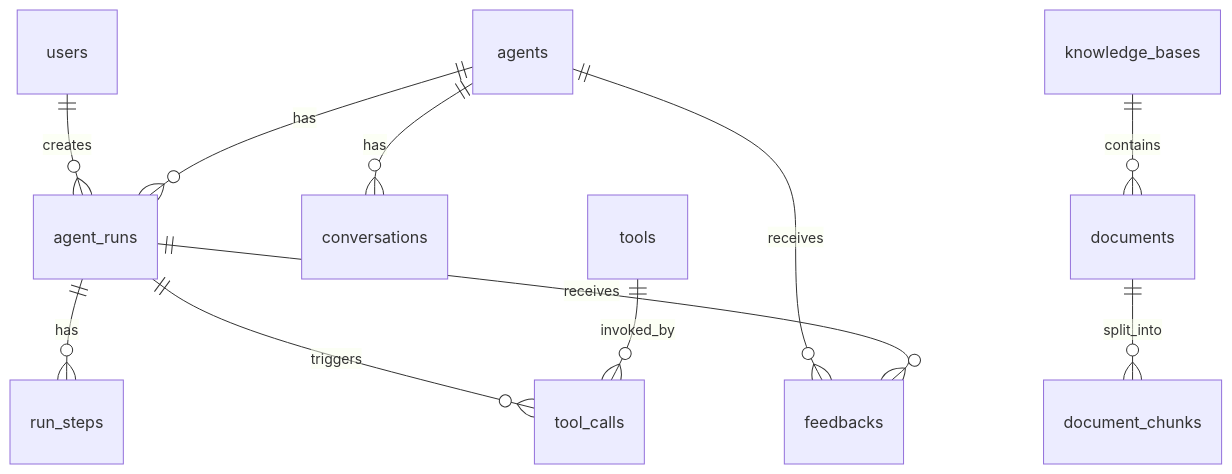
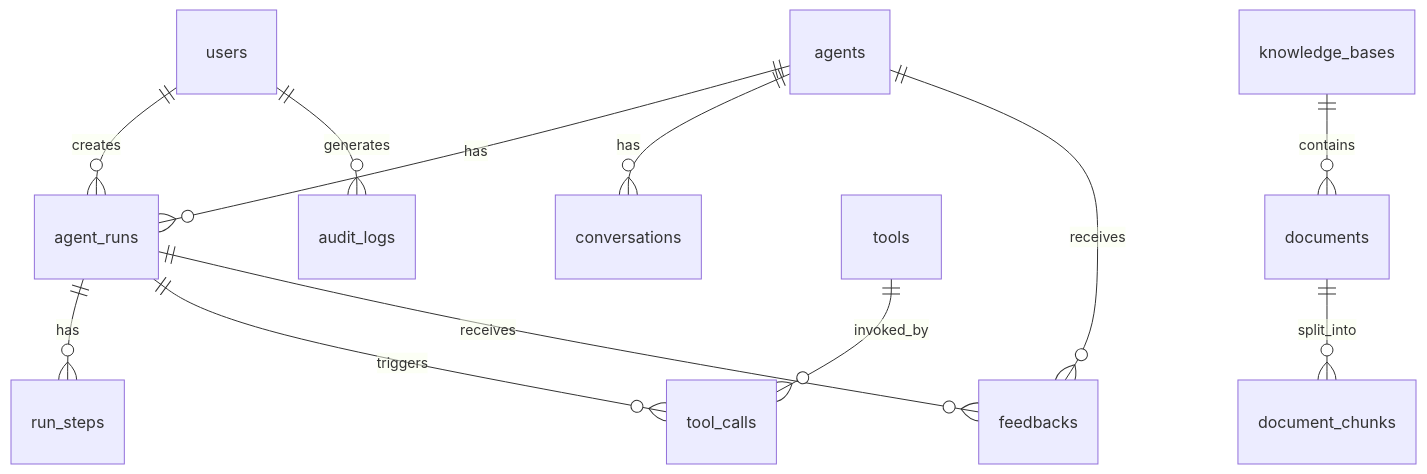
One commit to FlowerRiverTears/AgentPilot changed the diagram in docs/database.md. Above: the diagram before and after it, drawn with Mermaid. The commit also changed other lines of this file and 105 other files, not shown here.

````diff
--- a/docs/database.md
+++ b/docs/database.md
@@ -7,13 +7,14 @@
 ```mermaid
 erDiagram
     users ||--o{ agent_runs : creates
     agents ||--o{ agent_runs : has
     agents ||--o{ conversations : has
     agents ||--o{ feedbacks : receives
     knowledge_bases ||--o{ documents : contains
     documents ||--o{ document_chunks : split_into
     agent_runs ||--o{ run_steps : has
     agent_runs ||--o{ tool_calls : triggers
     agent_runs ||--o{ feedbacks : receives
     tools ||--o{ tool_calls : invoked_by
+    users ||--o{ audit_logs : generates
 ```
````
